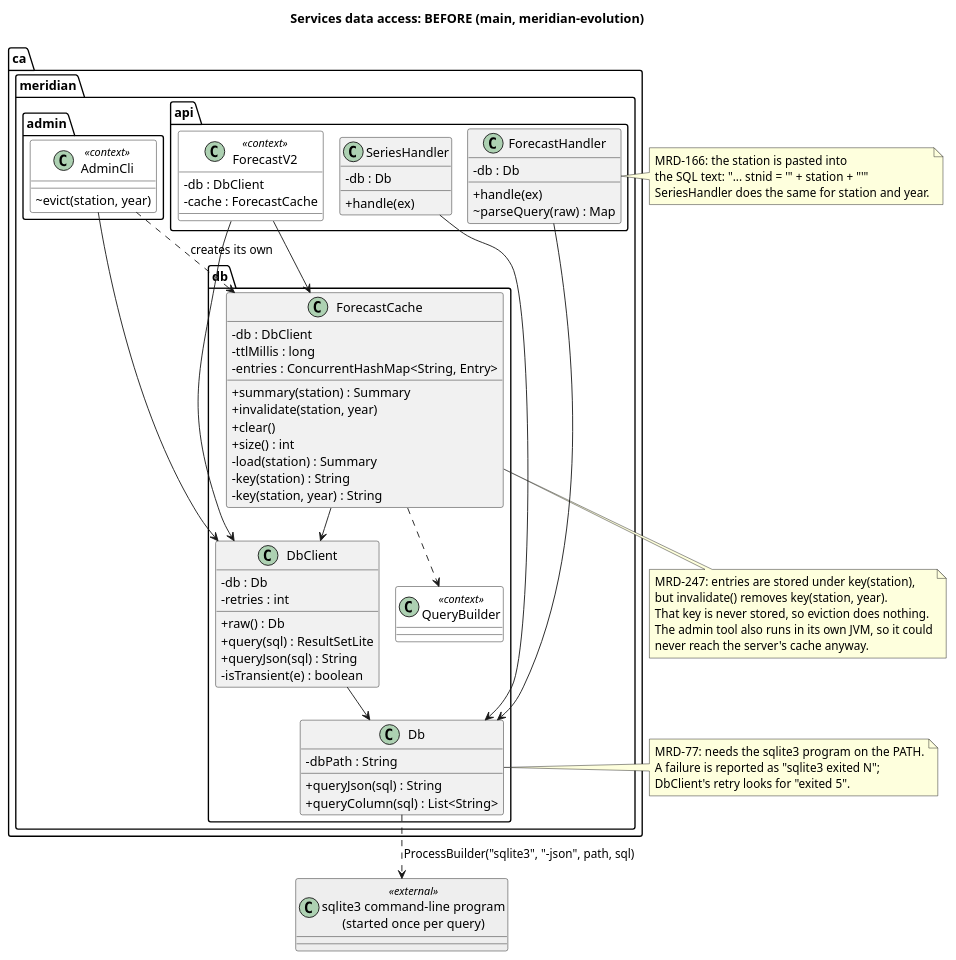
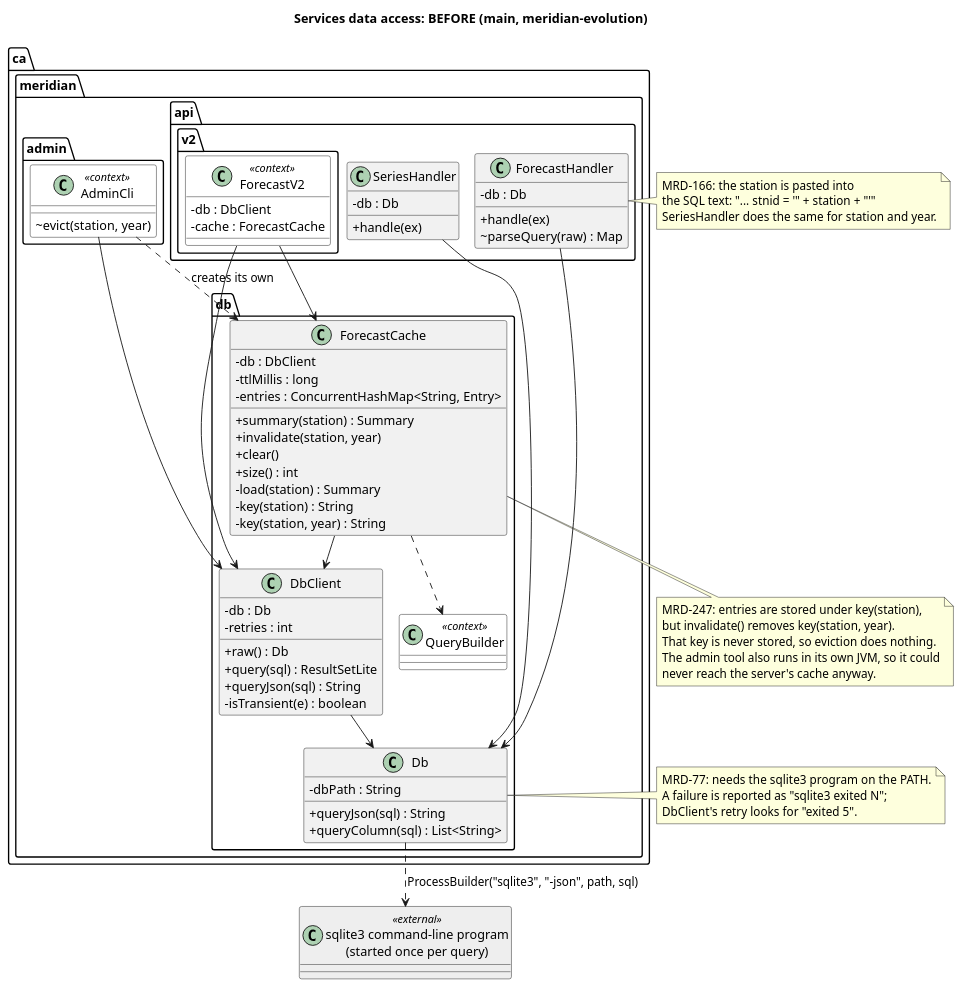
One commit to johnakinyemi-teaching/meridian-release changed the diagram in services/docs/models/services-classes-before.puml. Above: the diagram before and after it, drawn with PlantUML. The commit also changed 6 other files, not shown here.

```diff
--- a/services/docs/models/services-classes-before.puml
+++ b/services/docs/models/services-classes-before.puml
@@ -1,98 +1,101 @@
 @startuml services-classes-before
 ' Services / API data-access classes as they are on main (the meridian-evolution
 ' snapshot), before Relay's A4 tickets MRD-166, MRD-247 and MRD-77 (Java half).
 ' Reverse-engineered from services/src/ca/meridian on origin/main.
 ' Only the classes those tickets touch, plus their direct neighbours.
 !pragma layout smetana
 title Services data access: BEFORE (main, meridian-evolution)
 skinparam classAttributeIconSize 0
 skinparam shadowing false
 skinparam class {
   BackgroundColor<<external>> #EEEEEE
   BackgroundColor<<context>> #FFFFFF
 }
 
 package "ca.meridian.api" {
   class ForecastHandler {
     -db : Db
     +handle(ex)
     ~parseQuery(raw) : Map
   }
   class SeriesHandler {
     -db : Db
     +handle(ex)
   }
+}
+
+package "ca.meridian.api.v2" {
   class ForecastV2 <<context>> {
     -db : DbClient
     -cache : ForecastCache
   }
 }
 
 package "ca.meridian.admin" {
   class AdminCli <<context>> {
     ~evict(station, year)
   }
 }
 
 package "ca.meridian.db" {
   class Db {
     -dbPath : String
     +queryJson(sql) : String
     +queryColumn(sql) : List<String>
   }
   class DbClient {
     -db : Db
     -retries : int
     +raw() : Db
     +query(sql) : ResultSetLite
     +queryJson(sql) : String
     -isTransient(e) : boolean
   }
   class ForecastCache {
     -db : DbClient
     -ttlMillis : long
     -entries : ConcurrentHashMap<String, Entry>
     +summary(station) : Summary
     +invalidate(station, year)
     +clear()
     +size() : int
     -load(station) : Summary
     -key(station) : String
     -key(station, year) : String
   }
   class QueryBuilder <<context>>
 }
 
 class "sqlite3 command-line program\n(started once per query)" as Sqlite3 <<external>>
 
 ForecastHandler --> Db
 SeriesHandler --> Db
 ForecastV2 --> DbClient
 ForecastV2 --> ForecastCache
 AdminCli --> DbClient
 AdminCli ..> ForecastCache : creates its own
 DbClient --> Db
 ForecastCache --> DbClient
 ForecastCache ..> QueryBuilder
 Db ..> Sqlite3 : ProcessBuilder("sqlite3", "-json", path, sql)
 
 note right of ForecastHandler
   MRD-166: the station is pasted into
   the SQL text: "... stnid = '" + station + "'"
   SeriesHandler does the same for station and year.
 end note
 
 note bottom of ForecastCache
   MRD-247: entries are stored under key(station),
   but invalidate() removes key(station, year).
   That key is never stored, so eviction does nothing.
   The admin tool also runs in its own JVM, so it could
   never reach the server's cache anyway.
 end note
 
 note right of Db
   MRD-77: needs the sqlite3 program on the PATH.
   A failure is reported as "sqlite3 exited N";
   DbClient's retry looks for "exited 5".
 end note
 @enduml
```
